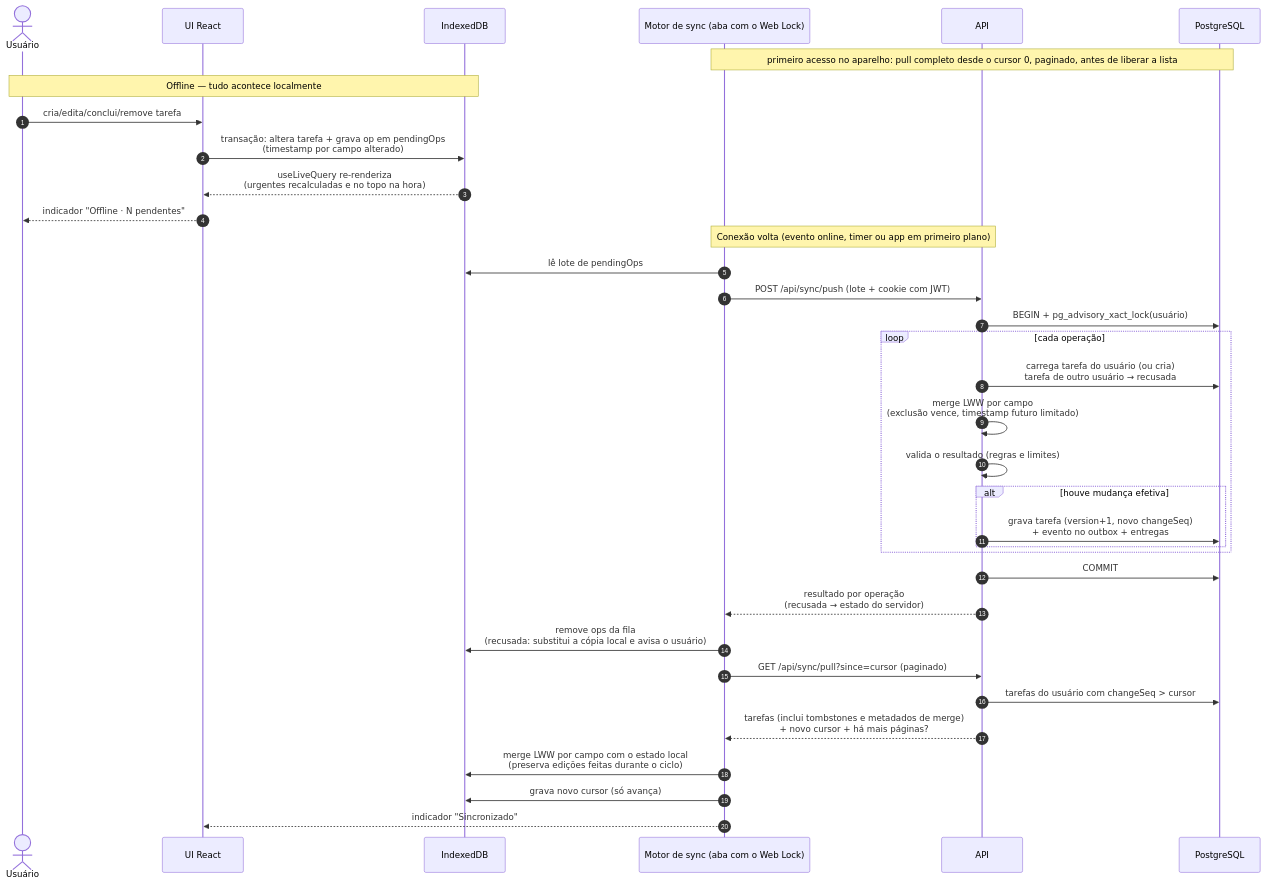
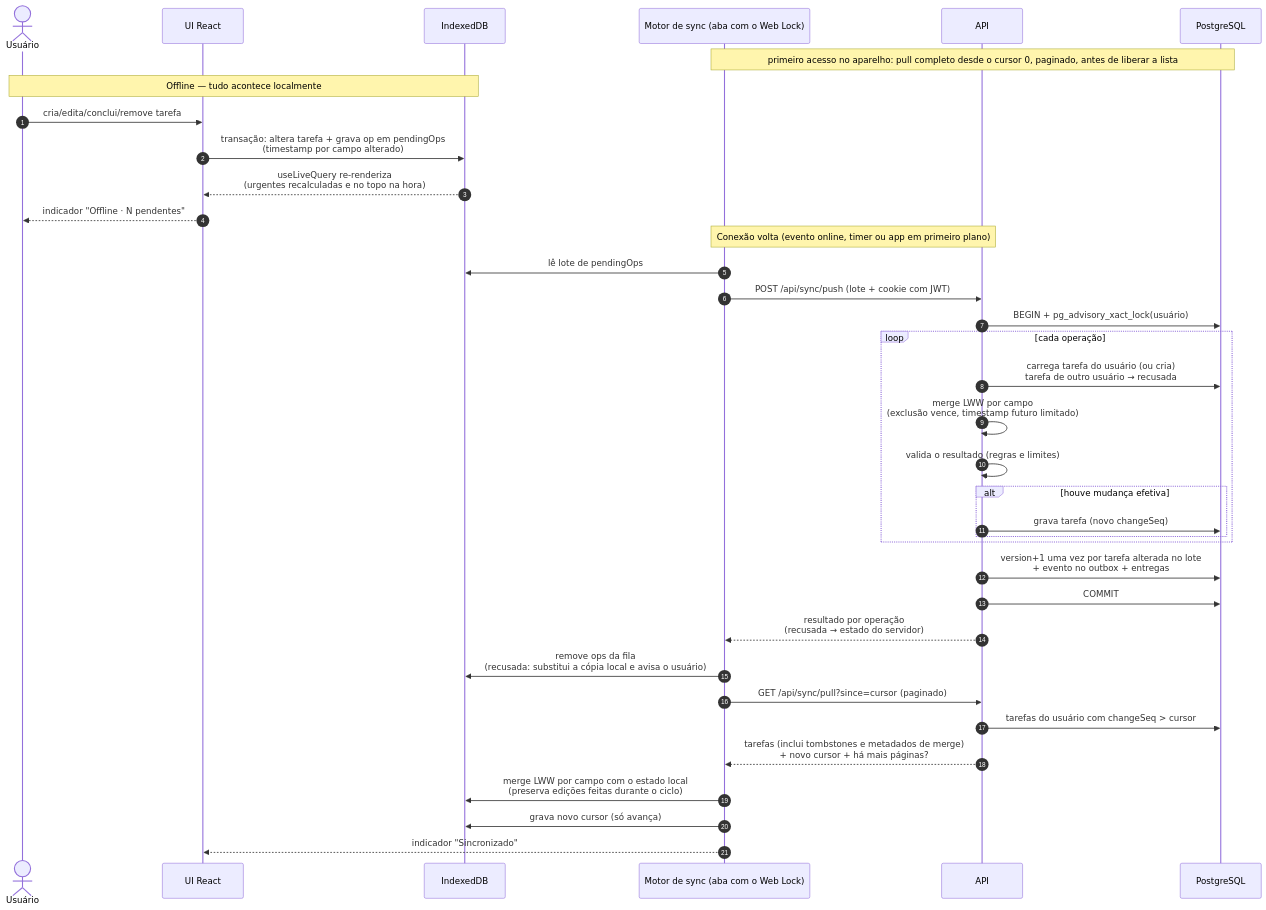
One commit to dn32/way2do changed the second of 5 diagrams in docs/arquitetura.md. Above: the diagram before and after it, drawn with Mermaid. The commit also changed other lines of this file and 3 other files, not shown here.

````diff
--- a/docs/arquitetura.md
+++ b/docs/arquitetura.md
@@ -75,40 +75,41 @@
 ```mermaid
 sequenceDiagram
     autonumber
     actor U as Usuário
     participant UI as UI React
     participant DB as IndexedDB
     participant S as Motor de sync (aba com o Web Lock)
     participant API as API
     participant PG as PostgreSQL
 
     Note over S,PG: primeiro acesso no aparelho: pull completo desde o cursor 0, paginado, antes de liberar a lista
     Note over U,DB: Offline — tudo acontece localmente
     U->>UI: cria/edita/conclui/remove tarefa
     UI->>DB: transação: altera tarefa + grava op em pendingOps<br/>(timestamp por campo alterado)
     DB-->>UI: useLiveQuery re-renderiza<br/>(urgentes recalculadas e no topo na hora)
     UI-->>U: indicador "Offline · N pendentes"
 
     Note over S,API: Conexão volta (evento online, timer ou app em primeiro plano)
     S->>DB: lê lote de pendingOps
     S->>API: POST /api/sync/push (lote + cookie com JWT)
     API->>PG: BEGIN + pg_advisory_xact_lock(usuário)
     loop cada operação
         API->>PG: carrega tarefa do usuário (ou cria)<br/>tarefa de outro usuário → recusada
         API->>API: merge LWW por campo<br/>(exclusão vence, timestamp futuro limitado)
         API->>API: valida o resultado (regras e limites)
         alt houve mudança efetiva
-            API->>PG: grava tarefa (version+1, novo changeSeq)<br/>+ evento no outbox + entregas
+            API->>PG: grava tarefa (novo changeSeq)
         end
     end
+    API->>PG: version+1 uma vez por tarefa alterada no lote<br/>+ evento no outbox + entregas
     API->>PG: COMMIT
     API-->>S: resultado por operação<br/>(recusada → estado do servidor)
     S->>DB: remove ops da fila<br/>(recusada: substitui a cópia local e avisa o usuário)
 
     S->>API: GET /api/sync/pull?since=cursor (paginado)
     API->>PG: tarefas do usuário com changeSeq > cursor
     API-->>S: tarefas (inclui tombstones e metadados de merge)<br/>+ novo cursor + há mais páginas?
     S->>DB: merge LWW por campo com o estado local<br/>(preserva edições feitas durante o ciclo)
     S->>DB: grava novo cursor (só avança)
     S-->>UI: indicador "Sincronizado"
 ```
````
